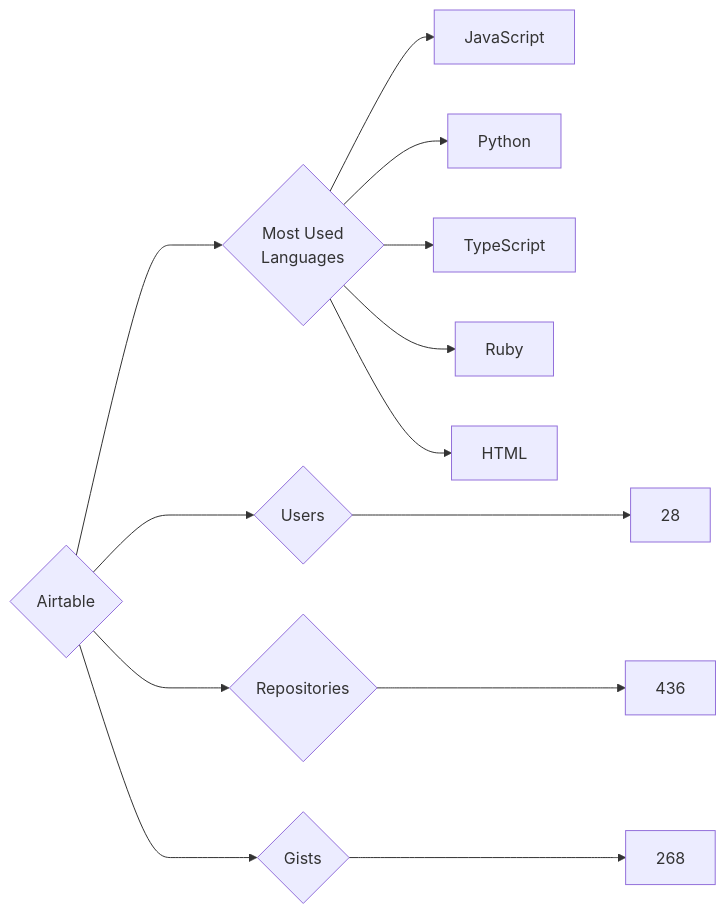
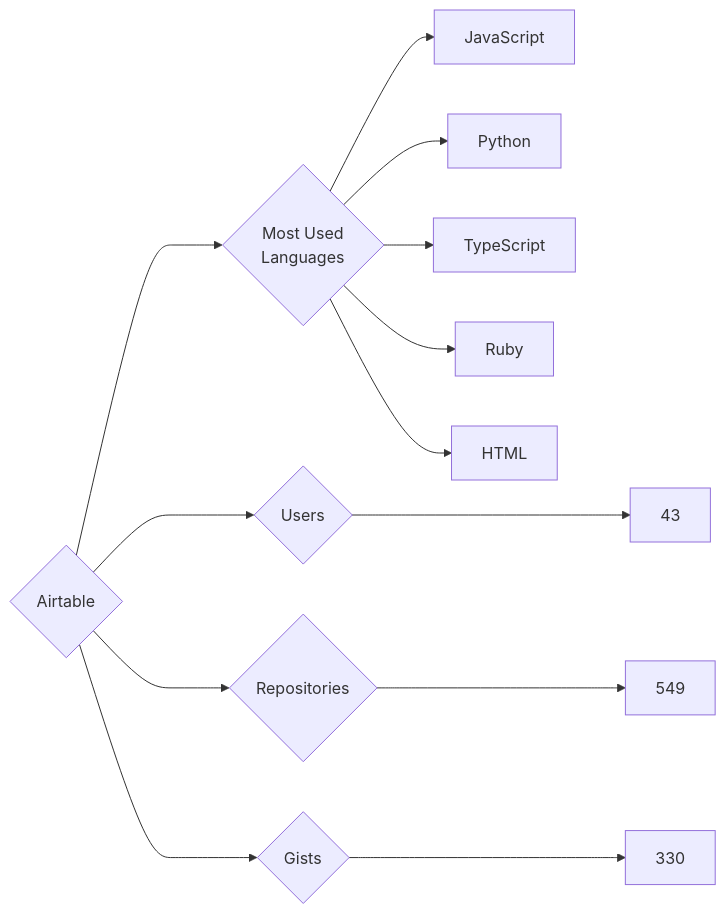
One commit to trickest/insiders changed the diagram in targets/Airtable/README.md. Above: the diagram before and after it, drawn with Mermaid. The commit also changed 657 other files, not shown here.

````diff
--- a/targets/Airtable/README.md
+++ b/targets/Airtable/README.md
@@ -3,13 +3,13 @@
 ```mermaid
 graph LR
 COMPANY_NAME{Airtable}
-COMPANY_NAME ---> U{Users} ---> UN[28]
-COMPANY_NAME ---> R{Repositories} ---> RN[436]
-COMPANY_NAME ---> G{Gists} ---> GN[268]
+COMPANY_NAME ---> U{Users} ---> UN[43]
+COMPANY_NAME ---> R{Repositories} ---> RN[549]
+COMPANY_NAME ---> G{Gists} ---> GN[330]
 COMPANY_NAME ---> ML{Most Used<br>Languages}
 ML --> JavaScript[JavaScript]
 ML --> Python[Python]
 ML --> TypeScript[TypeScript]
 ML --> Ruby[Ruby]
 ML --> HTML[HTML]
 ```
````
